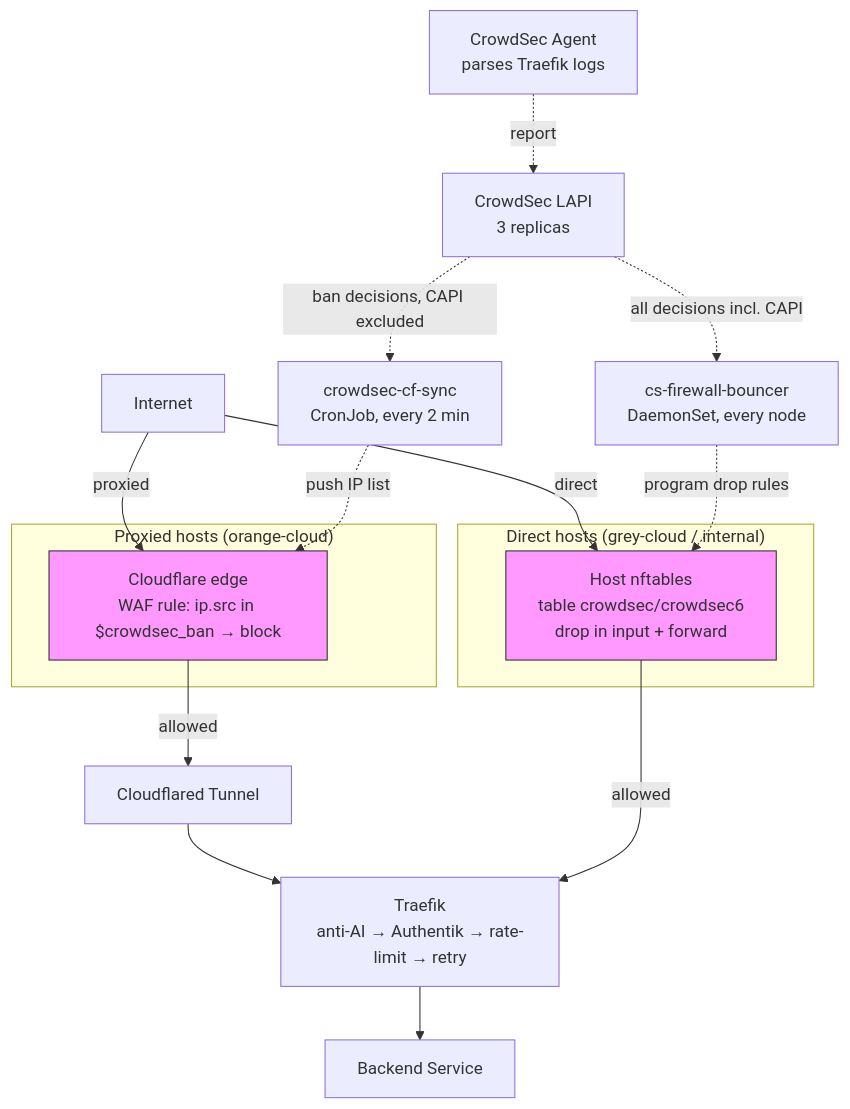
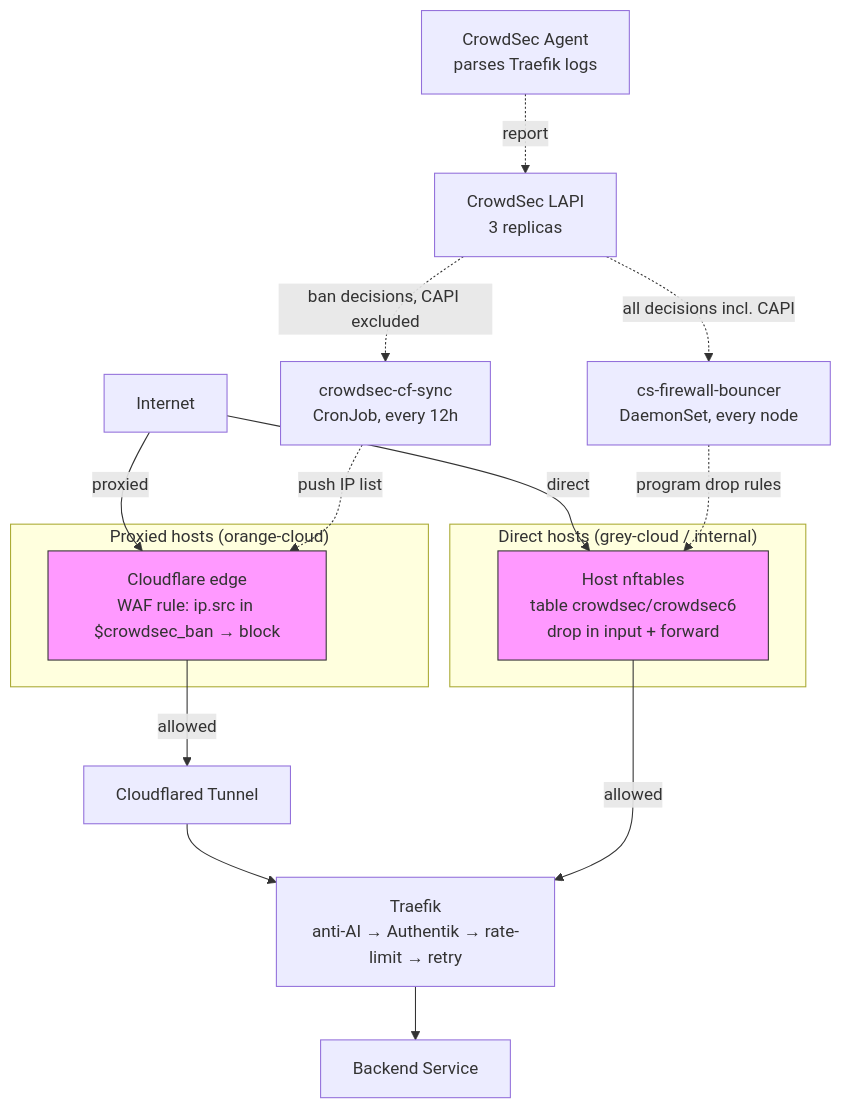
The diagram in docs/architecture/security.md (ViktorBarzin/infra), drawn with Mermaid before and after one commit. The commit also changed other lines of this file and 2 other files, not shown here.

````diff
--- a/docs/architecture/security.md
+++ b/docs/architecture/security.md
@@ -14,36 +14,36 @@
 ```mermaid
 graph TB
     Internet[Internet]
 
     subgraph "Proxied hosts (orange-cloud)"
         CFedge[Cloudflare edge<br/>WAF rule: ip.src in $crowdsec_ban → block]
     end
     subgraph "Direct hosts (grey-cloud / internal)"
         NFT[Host nftables<br/>table crowdsec/crowdsec6<br/>drop in input + forward]
     end
 
     Tunnel[Cloudflared Tunnel]
     Traefik[Traefik<br/>anti-AI → Authentik → rate-limit → retry]
     Backend[Backend Service]
 
     LAPI[CrowdSec LAPI<br/>3 replicas]
     Agent[CrowdSec Agent<br/>parses Traefik logs]
     FWB[cs-firewall-bouncer<br/>DaemonSet, every node]
-    CFsync[crowdsec-cf-sync<br/>CronJob, every 2 min]
+    CFsync[crowdsec-cf-sync<br/>CronJob, every 12h]
 
     Internet -->|proxied| CFedge
     Internet -->|direct| NFT
     CFedge -->|allowed| Tunnel
     Tunnel --> Traefik
     NFT -->|allowed| Traefik
     Traefik --> Backend
 
     Agent -.->|report| LAPI
     LAPI -.->|all decisions incl. CAPI| FWB
     FWB -.->|program drop rules| NFT
     LAPI -.->|ban decisions, CAPI excluded| CFsync
     CFsync -.->|push IP list| CFedge
 
     style CFedge fill:#f9f,stroke:#333
     style NFT fill:#f9f,stroke:#333
 ```
````
